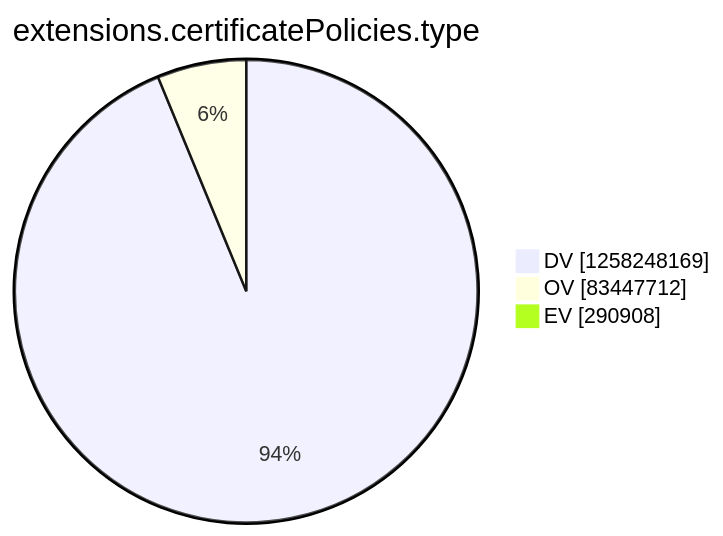
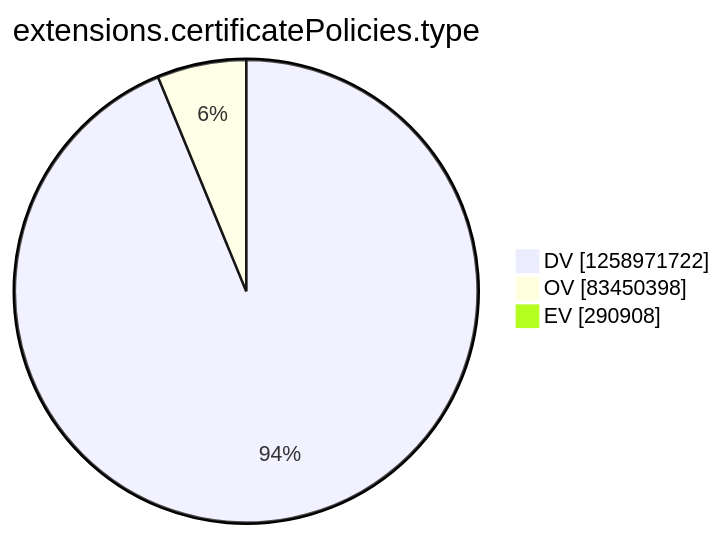
Before and after one commit to christiankrug/ctmonitor_visualization: the tenth of 15 diagrams in argon2022/README.md, drawn with Mermaid. The commit also changed other lines of this file, not shown here.

````diff
--- a/argon2022/README.md
+++ b/argon2022/README.md
@@ -2771,7 +2771,7 @@
 ```mermaid
 pie showData
 title extensions.certificatePolicies.type
-"DV" :1258248169
-"OV" :83447712
+"DV" :1258971722
+"OV" :83450398
 "EV" :290908
 ```
````
